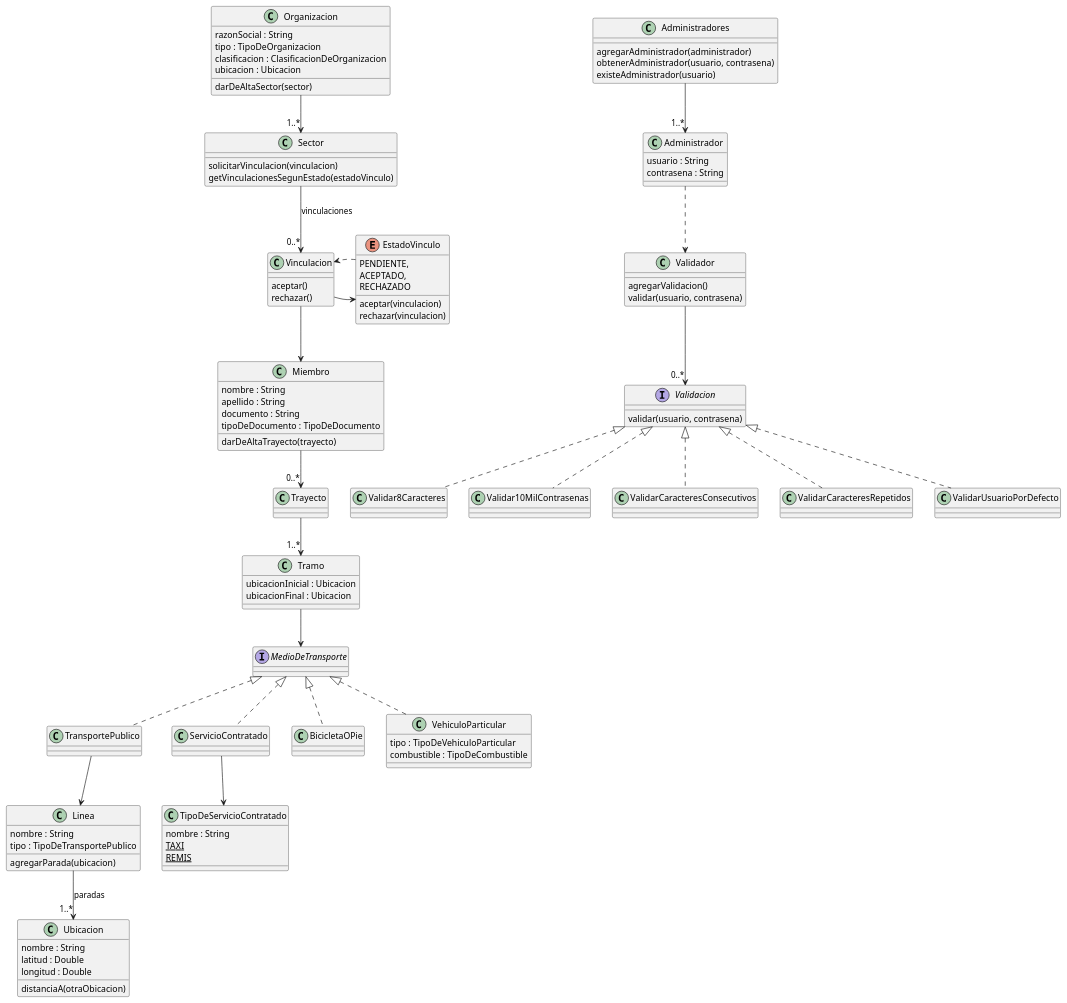
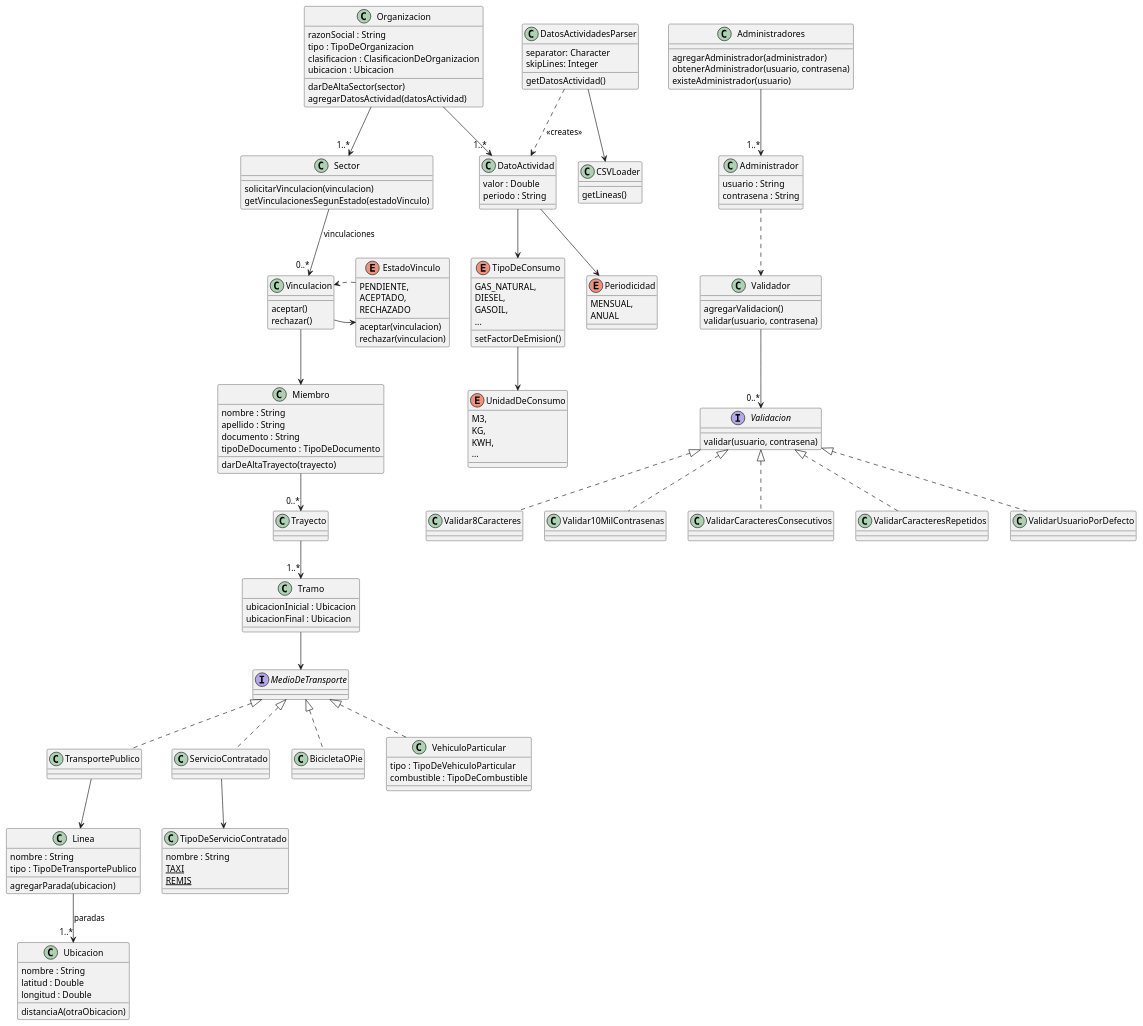
One commit to RaniAgus/dds-2022 changed the diagram in docs/tpa2/tpa2.puml. Above: the diagram before and after it, drawn with PlantUML. The commit also changed 3 other files, not shown here.

Commit message:
diagramas datos de actividad

```diff
--- a/docs/tpa2/tpa2.puml
+++ b/docs/tpa2/tpa2.puml
@@ -1,137 +1,190 @@
 @startuml
 
 ' ======= Organizaciones =======
 
 class Organizacion {
     razonSocial : String
     tipo : TipoDeOrganizacion
     clasificacion : ClasificacionDeOrganizacion
     ubicacion : Ubicacion
     darDeAltaSector(sector)
 }
 
 Organizacion --> "1..*" Sector
 
 class Sector {
     solicitarVinculacion(vinculacion)
     getVinculacionesSegunEstado(estadoVinculo)
 }
 
 Sector --> "0..*" Vinculacion : vinculaciones
 
 class Vinculacion {
     aceptar()
     rechazar()
 }
 
 Vinculacion --> Miembro
 Vinculacion -right-> EstadoVinculo
 
 enum EstadoVinculo {
     PENDIENTE,
     ACEPTADO,
     RECHAZADO
     aceptar(vinculacion)
     rechazar(vinculacion)
 }
 EstadoVinculo ..> Vinculacion
 
 class Miembro {
     nombre : String
     apellido : String
     documento : String
     tipoDeDocumento : TipoDeDocumento
-    darDeAltaTrayecto(trayecto)
 }
 
 ' ======= Trayectos =======
+
+class Miembro {
+    darDeAltaTrayecto(trayecto)
+}
 
 Miembro --> "0..*" Trayecto
 
 class Trayecto {
 
 }
 
 Trayecto --> "1..*" Tramo
 
 class Tramo {
     ubicacionInicial : Ubicacion
     ubicacionFinal : Ubicacion
 }
 
 Tramo --> MedioDeTransporte
 
 interface MedioDeTransporte {
 }
 
 MedioDeTransporte <|.. TransportePublico
 MedioDeTransporte <|.. ServicioContratado
 MedioDeTransporte <|.. BicicletaOPie
 MedioDeTransporte <|.. VehiculoParticular
 
 class VehiculoParticular {
     tipo : TipoDeVehiculoParticular
     combustible : TipoDeCombustible
 }
 
 ServicioContratado --> TipoDeServicioContratado
 
 class TipoDeServicioContratado {
     nombre : String
     {static} TAXI
     {static} REMIS
 }
 
 TransportePublico --> Linea
 
 class Linea {
     nombre : String
     tipo : TipoDeTransportePublico
     agregarParada(ubicacion)
 }
 
 Linea --> "1..*" Ubicacion : paradas
 
 class Ubicacion {
     nombre : String
     latitud : Double
     longitud : Double
     distanciaA(otraObicacion)
 }
 
 ' ======= Admins =======
 
 class Administradores {
     agregarAdministrador(administrador)
     obtenerAdministrador(usuario, contrasena)
     existeAdministrador(usuario)
 }
 
 Administradores --> "1..*" Administrador
 
 class Administrador {
     usuario : String
     contrasena : String
 }
 
 Administrador ..> Validador
 
 class Validador {
     agregarValidacion()
     validar(usuario, contrasena)
 }
 
 Validador --> "0..*" Validacion
 
 interface Validacion {
     validar(usuario, contrasena)
 }
 
 Validacion <|.. Validar8Caracteres
 Validacion <|.. Validar10MilContrasenas
 Validacion <|.. ValidarCaracteresConsecutivos
 Validacion <|.. ValidarCaracteresRepetidos
 Validacion <|.. ValidarUsuarioPorDefecto
 
+'======= Datos de actividad =======
+
+class Organizacion {
+    agregarDatosActividad(datosActividad)
+}
+
+Organizacion --> "1..*" DatoActividad
+
+class DatosActividadesParser {
+    separator: Character
+    skipLines: Integer
+    getDatosActividad()
+}
+
+DatosActividadesParser --> CSVLoader
+DatosActividadesParser ..> DatoActividad : <<creates>>
+
+class CSVLoader {
+    getLineas()
+}
+
+class DatoActividad {
+    valor : Double
+    periodo : String
+}
+
+DatoActividad --> TipoDeConsumo
+DatoActividad --> Periodicidad
+
+enum TipoDeConsumo {
+    GAS_NATURAL,
+    DIESEL,
+    GASOIL,
+    ...
+    setFactorDeEmision()
+}
+
+TipoDeConsumo --> UnidadDeConsumo
+
+enum UnidadDeConsumo {
+    M3,
+    KG,
+    KWH,
+    ...
+}
+
+enum Periodicidad {
+    MENSUAL,
+    ANUAL
+}
 
 @enduml
```
